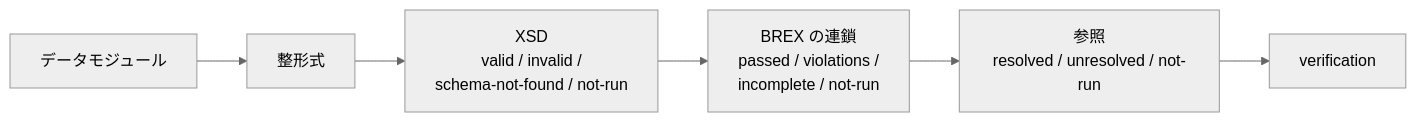
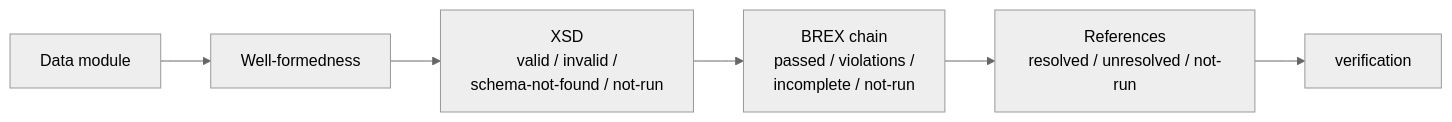
The diagram in site/src/content/docs/mcp/verify-mcp.md (shuji-bonji/s1000d-stack), drawn with Mermaid (neutral theme) before and after one commit. The commit also changed other lines of this file and 35 other files, not shown here.

````diff
--- a/site/src/content/docs/mcp/verify-mcp.md
+++ b/site/src/content/docs/mcp/verify-mcp.md
@@ -20,7 +20,7 @@
 ```mermaid
 flowchart LR
-  IN["データモジュール"] --> W["整形式"] --> X["XSD<br/>valid / invalid /<br/>schema-not-found / not-run"]
-  X --> B["BREX の連鎖<br/>passed / violations /<br/>incomplete / not-run"]
-  B --> R["参照<br/>resolved / unresolved / not-run"]
+  IN["Data module"] --> W["Well-formedness"] --> X["XSD<br/>valid / invalid /<br/>schema-not-found / not-run"]
+  X --> B["BREX chain<br/>passed / violations /<br/>incomplete / not-run"]
+  B --> R["References<br/>resolved / unresolved / not-run"]
   R --> V["verification"]
 ```
````
